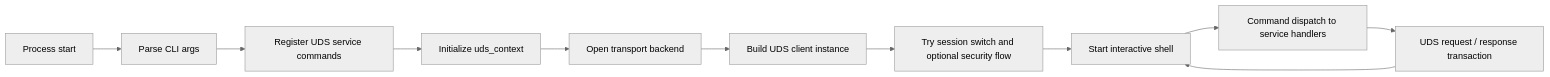
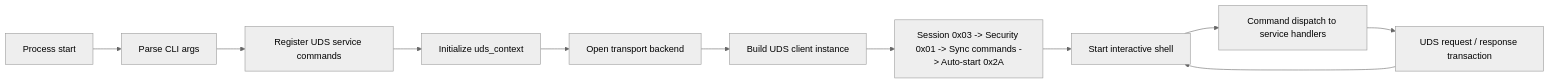
Before and after one commit to wdfk-prog/iso14229: the second of 5 diagrams in examples/rtt_server/docs/architecture.md, drawn with Mermaid (neutral theme). The commit also changed other lines of this file and 10 other files, not shown here.

````diff
--- a/examples/rtt_server/docs/architecture.md
+++ b/examples/rtt_server/docs/architecture.md
@@ -69,13 +69,13 @@
 ```mermaid
 flowchart LR
     A[Process start] --> B[Parse CLI args]
     B --> C[Register UDS service commands]
     C --> D[Initialize uds_context]
     D --> E[Open transport backend]
     E --> F[Build UDS client instance]
-    F --> G[Try session switch and optional security flow]
+    F --> G[Session 0x03 -> Security 0x01 -> Sync commands -> Auto-start 0x2A]
     G --> H[Start interactive shell]
     H --> I[Command dispatch to service handlers]
     I --> J[UDS request / response transaction]
     J --> H
 ```
````
